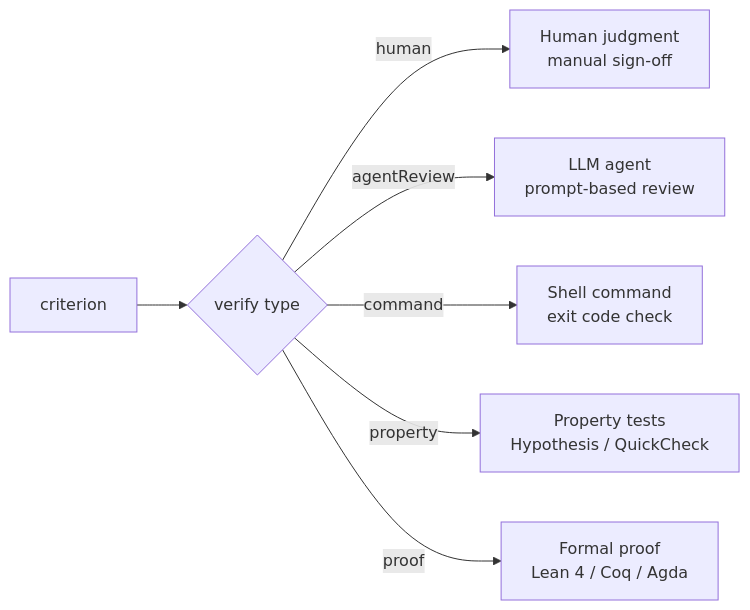
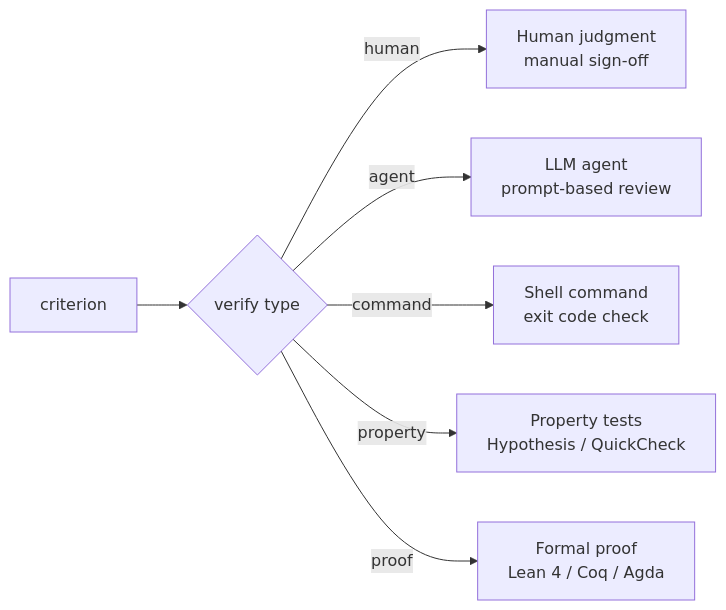
One commit to tskovlund/qed changed the second of 2 diagrams in docs/architecture.md. Above: the diagram before and after it, drawn with Mermaid. The commit also changed other lines of this file and 16 other files, not shown here.

First line of the commit message:
refactor: rename agentReview to agent throughout codebase

````diff
--- a/docs/architecture.md
+++ b/docs/architecture.md
@@ -91,9 +91,9 @@
 ```mermaid
 flowchart LR
     criterion --> verify{verify type}
     verify -->|human| human[Human judgment\nmanual sign-off]
-    verify -->|agentReview| agent[LLM agent\nprompt-based review]
+    verify -->|agent| agent[LLM agent\nprompt-based review]
     verify -->|command| shell[Shell command\nexit code check]
     verify -->|property| prop[Property tests\nHypothesis / QuickCheck]
     verify -->|proof| prover[Formal proof\nLean 4 / Coq / Agda]
 ```
````
